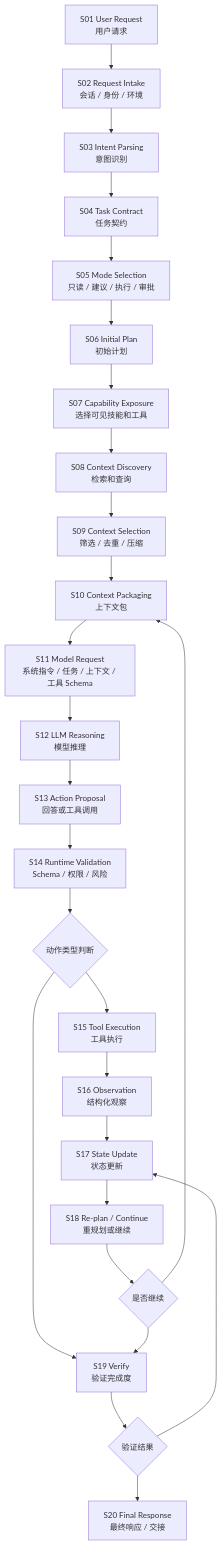
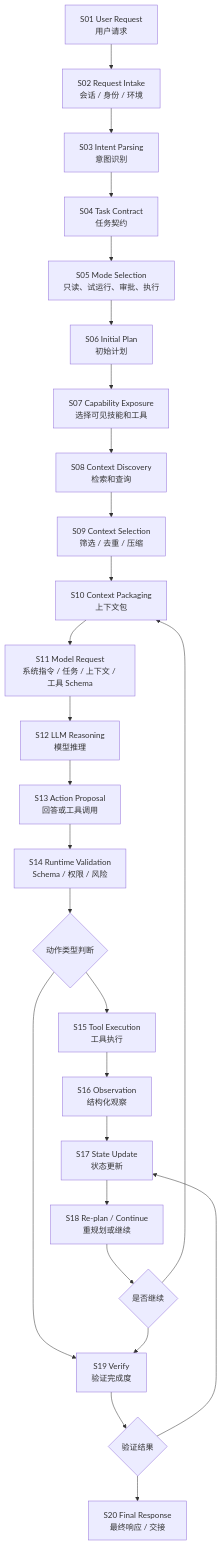
One commit to wxquare/wxquare.github.io changed the fourth of 13 diagrams in books/ai-book/src/part3/03-agent-runtime.md. Above: the diagram before and after it, drawn with Mermaid. The commit also changed other lines of this file and 3 other files, not shown here.

````diff
--- a/books/ai-book/src/part3/03-agent-runtime.md
+++ b/books/ai-book/src/part3/03-agent-runtime.md
@@ -649,40 +352,40 @@
 ```mermaid
 flowchart TD
     Request["S01 User Request<br/>用户请求"]
     Intake["S02 Request Intake<br/>会话 / 身份 / 环境"]
     Intent["S03 Intent Parsing<br/>意图识别"]
     Contract["S04 Task Contract<br/>任务契约"]
-    Mode["S05 Mode Selection<br/>只读 / 建议 / 执行 / 审批"]
+    Mode["S05 Mode Selection<br/>只读、试运行、审批、执行"]
     Plan["S06 Initial Plan<br/>初始计划"]
     Expose["S07 Capability Exposure<br/>选择可见技能和工具"]
     Discover["S08 Context Discovery<br/>检索和查询"]
     Select["S09 Context Selection<br/>筛选 / 去重 / 压缩"]
     Package["S10 Context Packaging<br/>上下文包"]
     Prompt["S11 Model Request<br/>系统指令 / 任务 / 上下文 / 工具 Schema"]
     Reason["S12 LLM Reasoning<br/>模型推理"]
     Proposal["S13 Action Proposal<br/>回答或工具调用"]
     Validate["S14 Runtime Validation<br/>Schema / 权限 / 风险"]
     Execute["S15 Tool Execution<br/>工具执行"]
     Observe["S16 Observation<br/>结构化观察"]
     State["S17 State Update<br/>状态更新"]
     Replan["S18 Re-plan / Continue<br/>重规划或继续"]
     Verify["S19 Verify<br/>验证完成度"]
     Final["S20 Final Response<br/>最终响应 / 交接"]
     ActionType{"动作类型判断"}
     ContinueDecision{"是否继续"}
     VerifyResult{"验证结果"}
 
     Request --> Intake --> Intent --> Contract --> Mode --> Plan --> Expose
     Expose --> Discover --> Select --> Package --> Prompt --> Reason --> Proposal
     Proposal --> Validate
     Validate --> ActionType
     ActionType --> Execute
     ActionType --> Verify
     Execute --> Observe --> State --> Replan
     Replan --> ContinueDecision
     ContinueDecision --> Package
     ContinueDecision --> Verify
     Verify --> VerifyResult
     VerifyResult --> State
     VerifyResult --> Final
 ```
````
